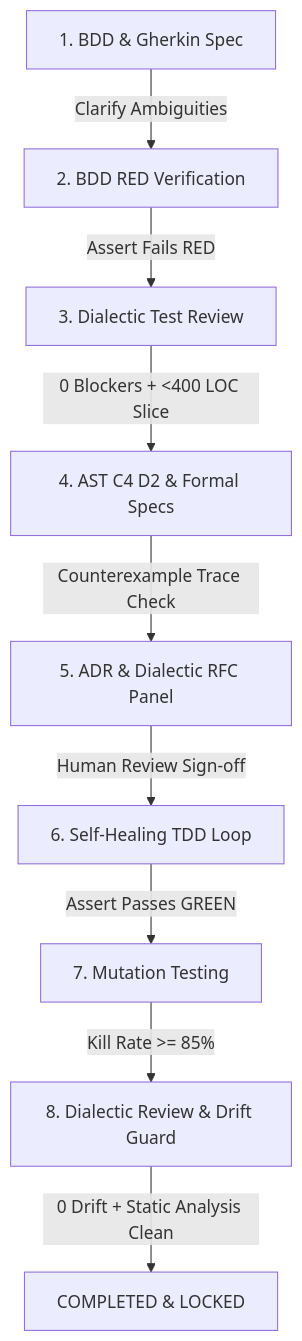
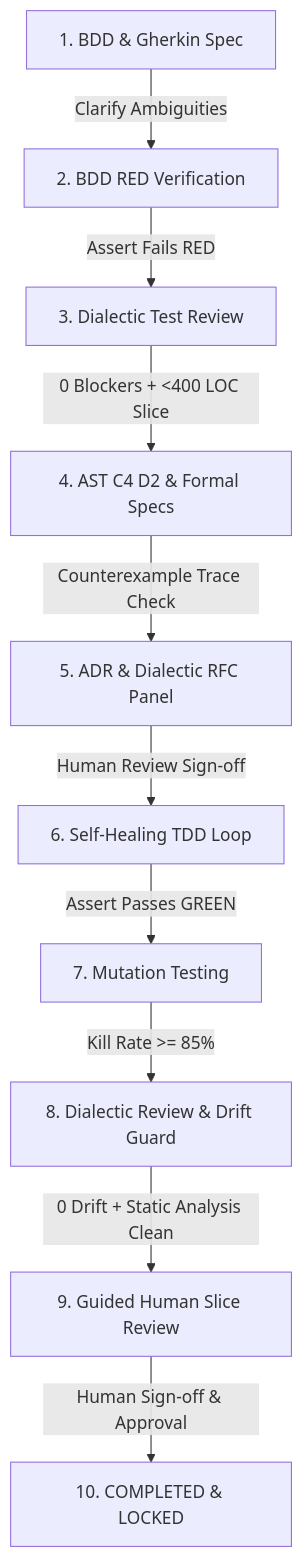
One commit to cbsmith/pi-plugin-craftsmanship changed the diagram in README.md. Above: the diagram before and after it, drawn with Mermaid. The commit also changed other lines of this file and 6 other files, not shown here.

Commit message:
Add Guided Human Slice Review walkthrough at end of each slice

````diff
--- a/README.md
+++ b/README.md
@@ -11,11 +11,12 @@
 ```mermaid
 graph TD
     A[1. BDD & Gherkin Spec] -->|Clarify Ambiguities| B[2. BDD RED Verification]
     B -->|Assert Fails RED| C[3. Dialectic Test Review]
     C -->|0 Blockers + <400 LOC Slice| D[4. AST C4 D2 & Formal Specs]
     D -->|Counterexample Trace Check| E[5. ADR & Dialectic RFC Panel]
     E -->|Human Review Sign-off| F[6. Self-Healing TDD Loop]
     F -->|Assert Passes GREEN| G[7. Mutation Testing]
     G -->|Kill Rate >= 85%| H[8. Dialectic Review & Drift Guard]
-    H -->|0 Drift + Static Analysis Clean| I[COMPLETED & LOCKED]
+    H -->|0 Drift + Static Analysis Clean| I[9. Guided Human Slice Review]
+    I -->|Human Sign-off & Approval| J[10. COMPLETED & LOCKED]
 ```
````
